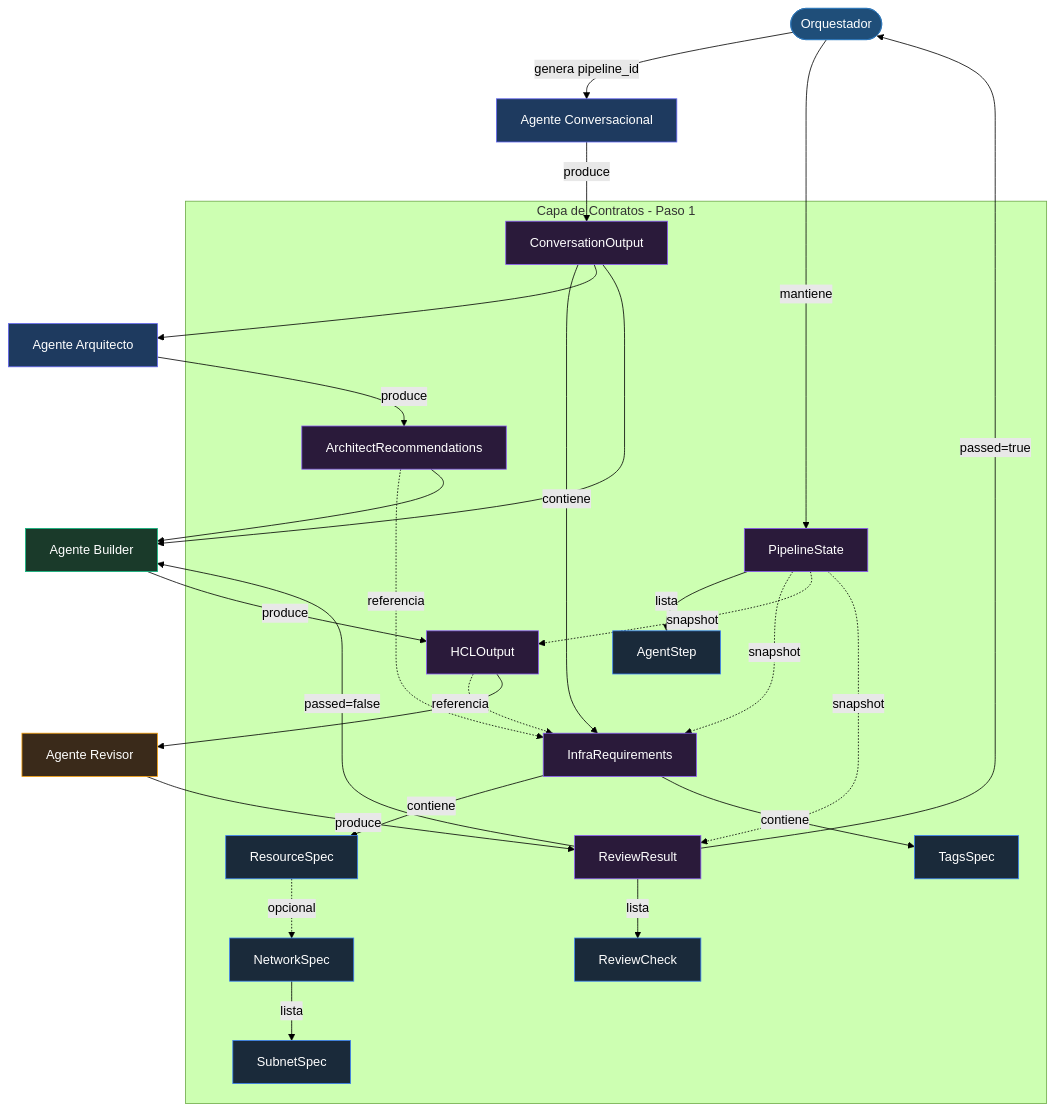
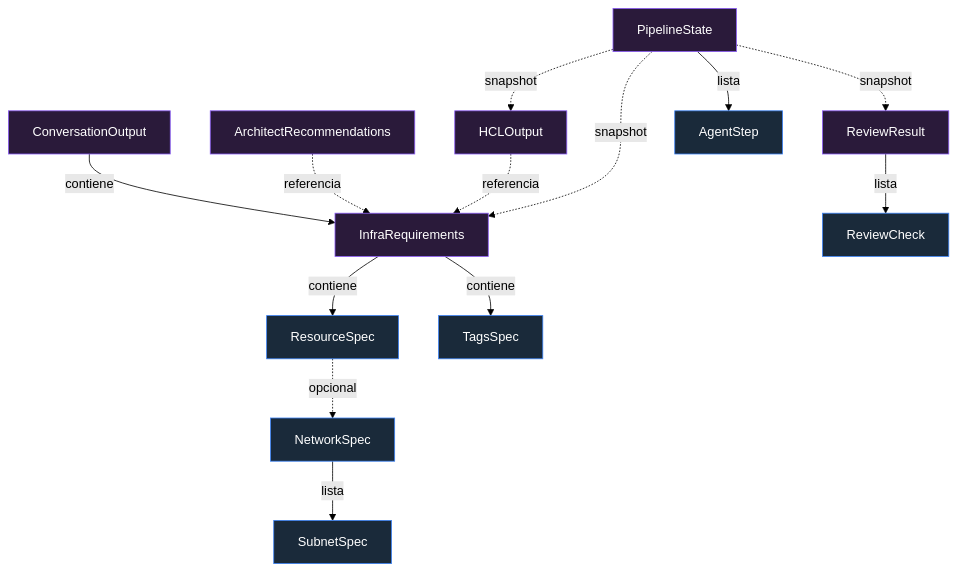
One commit to luisadanmunoz/luisadanmunoz.github.io changed the diagram in _posts/2026-03-24-blog_post_2_step1_tecnico.md. Above: the diagram before and after it, drawn with Mermaid (forest theme). The commit also changed other lines of this file, not shown here.

````diff
--- a/_posts/2026-03-24-blog_post_2_step1_tecnico.md
+++ b/_posts/2026-03-24-blog_post_2_step1_tecnico.md
@@ -162,67 +162,28 @@
 ```mermaid
 graph TB
-    ORC([Orquestador])
-    CONV[Agente Conversacional]
-    ARQ[Agente Arquitecto]
-    BUILDER[Agente Builder]
-    REVISOR[Agente Revisor]
+    CO[ConversationOutput] -->|contiene| IR[InfraRequirements]
+    IR -->|contiene| RS[ResourceSpec]
+    IR -->|contiene| TS[TagsSpec]
+    RS -.->|opcional| NS[NetworkSpec]
+    NS -->|lista| SS[SubnetSpec]
+    AR[ArchitectRecommendations] -.->|referencia| IR
+    HCL[HCLOutput] -.->|referencia| IR
+    RR[ReviewResult] -->|lista| RC[ReviewCheck]
+    PS[PipelineState] -->|lista| AS[AgentStep]
+    PS -.->|snapshot| IR
+    PS -.->|snapshot| HCL
+    PS -.->|snapshot| RR
 
-    subgraph PASO1["Capa de Contratos - Paso 1"]
-        CO[ConversationOutput]
-        IR[InfraRequirements]
-        AR[ArchitectRecommendations]
-        HCL[HCLOutput]
-        RR[ReviewResult]
-        PS[PipelineState]
-        AS[AgentStep]
-        RC[ReviewCheck]
-        RS[ResourceSpec]
-        NS[NetworkSpec]
-        SS[SubnetSpec]
-        TS[TagsSpec]
-
-        CO -->|contiene| IR
-        IR -->|contiene| RS
-        RS -.->|opcional| NS
-        NS -->|lista| SS
-        IR -->|contiene| TS
-        AR -.->|referencia| IR
-        HCL -.->|referencia| IR
-        RR -->|lista| RC
-        PS -->|lista| AS
-        PS -.->|snapshot| IR
-        PS -.->|snapshot| HCL
-        PS -.->|snapshot| RR
-    end
-
-    ORC -->|genera pipeline_id| CONV
-    CONV -->|produce| CO
-    CO --> ARQ
-    ARQ -->|produce| AR
-    AR --> BUILDER
-    CO --> BUILDER
-    BUILDER -->|produce| HCL
-    HCL --> REVISOR
-    REVISOR -->|produce| RR
-    RR -->|passed=false| BUILDER
-    RR -->|passed=true| ORC
-    ORC -->|mantiene| PS
-
-    style ORC fill:#1F4E79,stroke:#2E75B6,color:#fff
-    style CONV fill:#1e3a5f,stroke:#6366f1,color:#fff
-    style ARQ fill:#1e3a5f,stroke:#6366f1,color:#fff
-    style BUILDER fill:#1a3a2a,stroke:#10b981,color:#fff
-    style REVISOR fill:#3a2a1a,stroke:#f59e0b,color:#fff
     style CO fill:#2a1a3a,stroke:#8b5cf6,color:#fff
     style IR fill:#2a1a3a,stroke:#8b5cf6,color:#fff
     style AR fill:#2a1a3a,stroke:#8b5cf6,color:#fff
     style HCL fill:#2a1a3a,stroke:#8b5cf6,color:#fff
     style RR fill:#2a1a3a,stroke:#8b5cf6,color:#fff
     style PS fill:#2a1a3a,stroke:#8b5cf6,color:#fff
     style AS fill:#1a2a3a,stroke:#3b82f6,color:#fff
     style RC fill:#1a2a3a,stroke:#3b82f6,color:#fff
     style RS fill:#1a2a3a,stroke:#3b82f6,color:#fff
     style NS fill:#1a2a3a,stroke:#3b82f6,color:#fff
     style SS fill:#1a2a3a,stroke:#3b82f6,color:#fff
     style TS fill:#1a2a3a,stroke:#3b82f6,color:#fff
 ```
````
